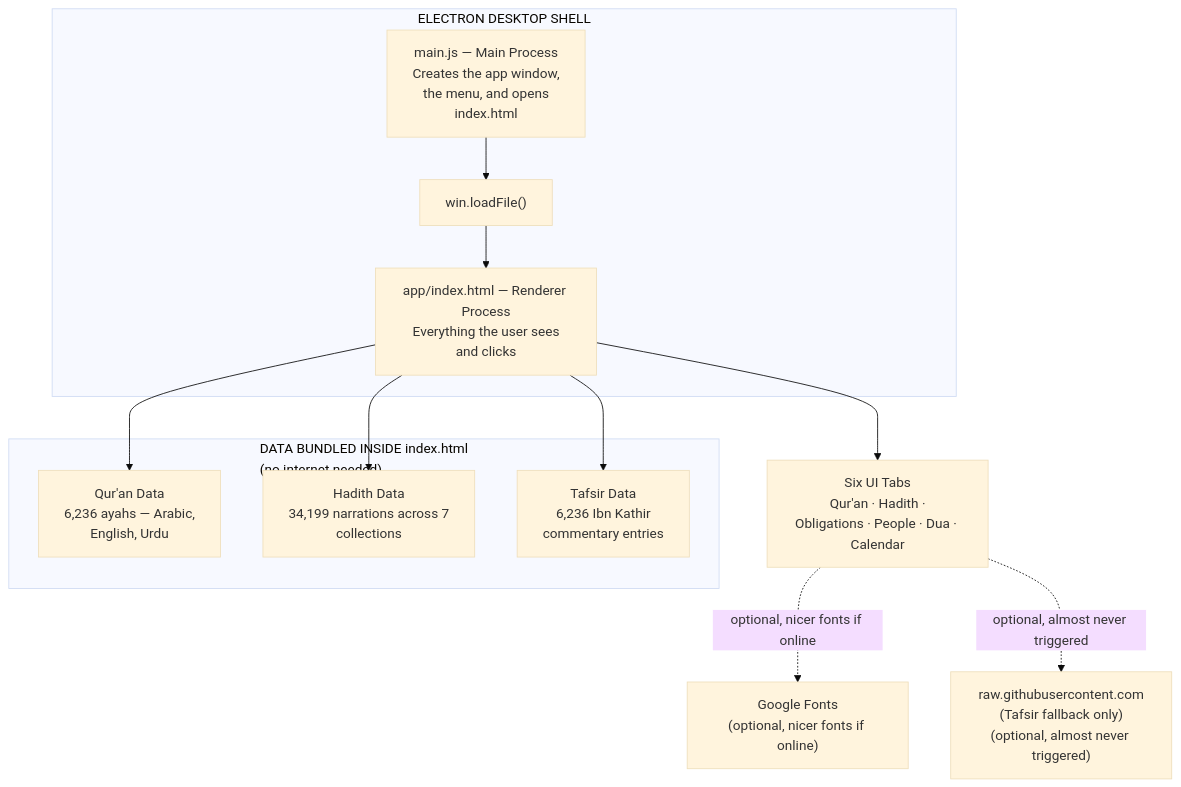
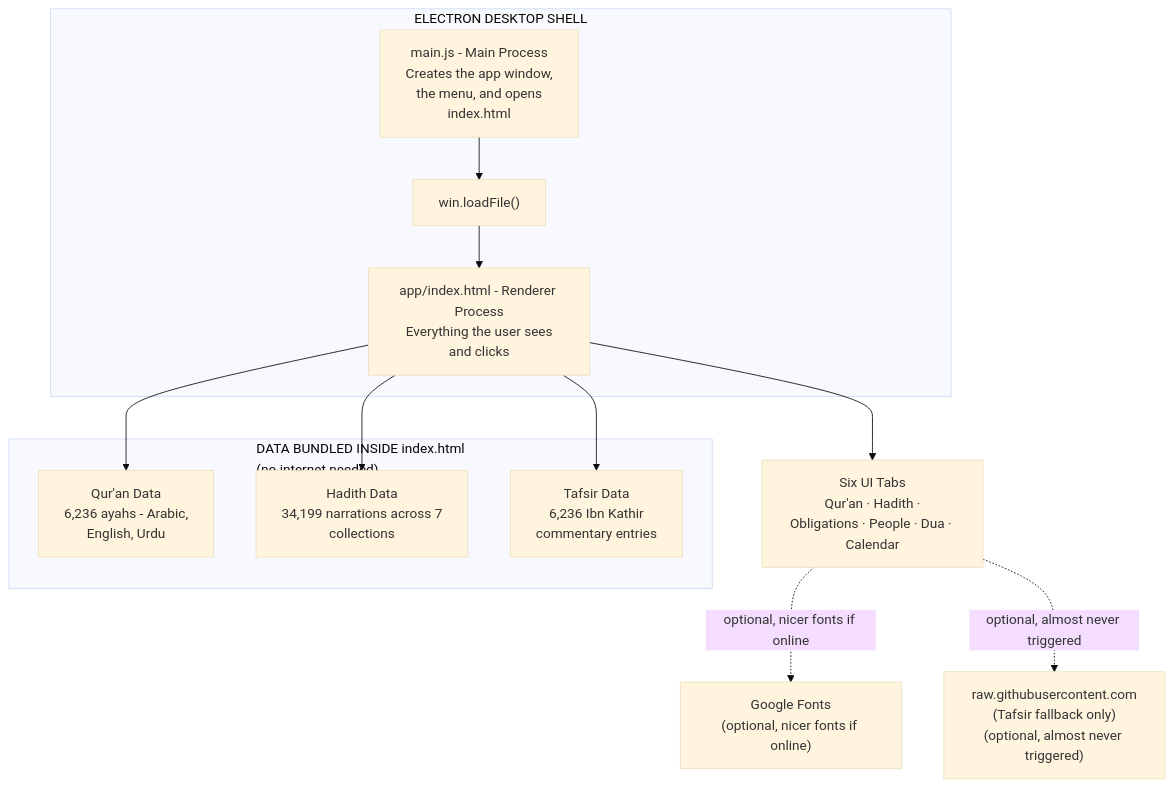
The first of 4 diagrams in Noor_Technical_Documentation_Mermaid.md (saqib777/The-Quran-App), drawn with Mermaid (base theme) before and after one commit. The commit also changed other lines of this file, not shown here.

````diff
--- a/Noor_Technical_Documentation_Mermaid.md
+++ b/Noor_Technical_Documentation_Mermaid.md
@@ -59,28 +59,28 @@
 ```mermaid
 flowchart TB
     subgraph ELECTRON["ELECTRON DESKTOP SHELL"]
-        MAIN["main.js — Main Process<br/>Creates the app window,<br/>the menu, and opens<br/>index.html"]
+        MAIN["main.js - Main Process<br/>Creates the app window,<br/>the menu, and opens<br/>index.html"]
         LOAD["win.loadFile()"]
-        RENDERER["app/index.html — Renderer Process<br/>Everything the user sees<br/>and clicks"]
+        RENDERER["app/index.html - Renderer Process<br/>Everything the user sees<br/>and clicks"]
 
         MAIN --> LOAD --> RENDERER
     end
 
     subgraph BUNDLED["DATA BUNDLED INSIDE index.html<br/>(no internet needed)"]
-        QURAN["Qur'an Data<br/>6,236 ayahs — Arabic,<br/>English, Urdu"]
+        QURAN["Qur'an Data<br/>6,236 ayahs - Arabic,<br/>English, Urdu"]
         HADITH["Hadith Data<br/>34,199 narrations across 7<br/>collections"]
         TAFSIR["Tafsir Data<br/>6,236 Ibn Kathir<br/>commentary entries"]
     end
 
     TABS["Six UI Tabs<br/>Qur'an · Hadith ·<br/>Obligations · People · Dua · Calendar"]
     FONTS["Google Fonts<br/>(optional, nicer fonts if online)"]
     FALLBACK["raw.githubusercontent.com<br/>(Tafsir fallback only)<br/>(optional, almost never triggered)"]
 
     RENDERER --> QURAN
     RENDERER --> HADITH
     RENDERER --> TAFSIR
     RENDERER --> TABS
 
     TABS -.->|optional, nicer fonts if online| FONTS
     TABS -.->|optional, almost never triggered| FALLBACK
 ```
````
